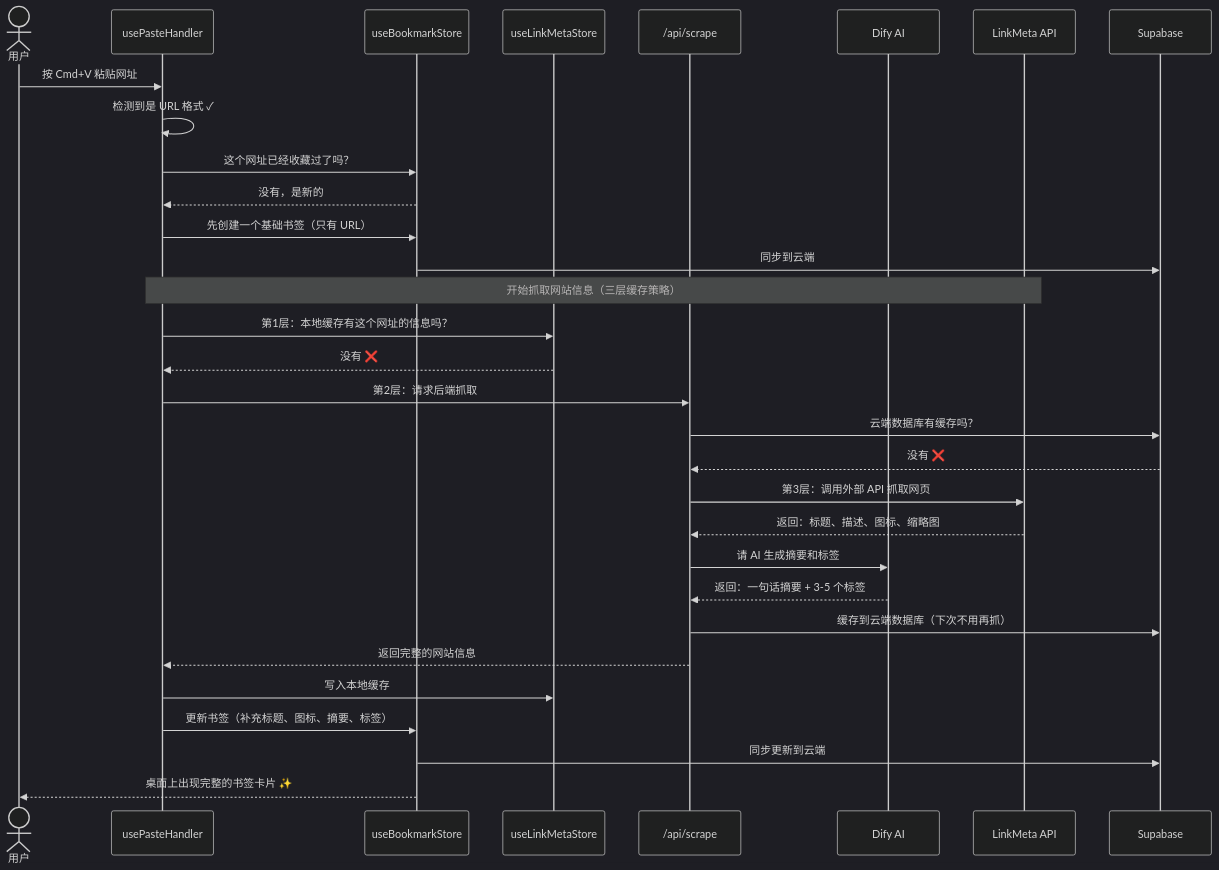
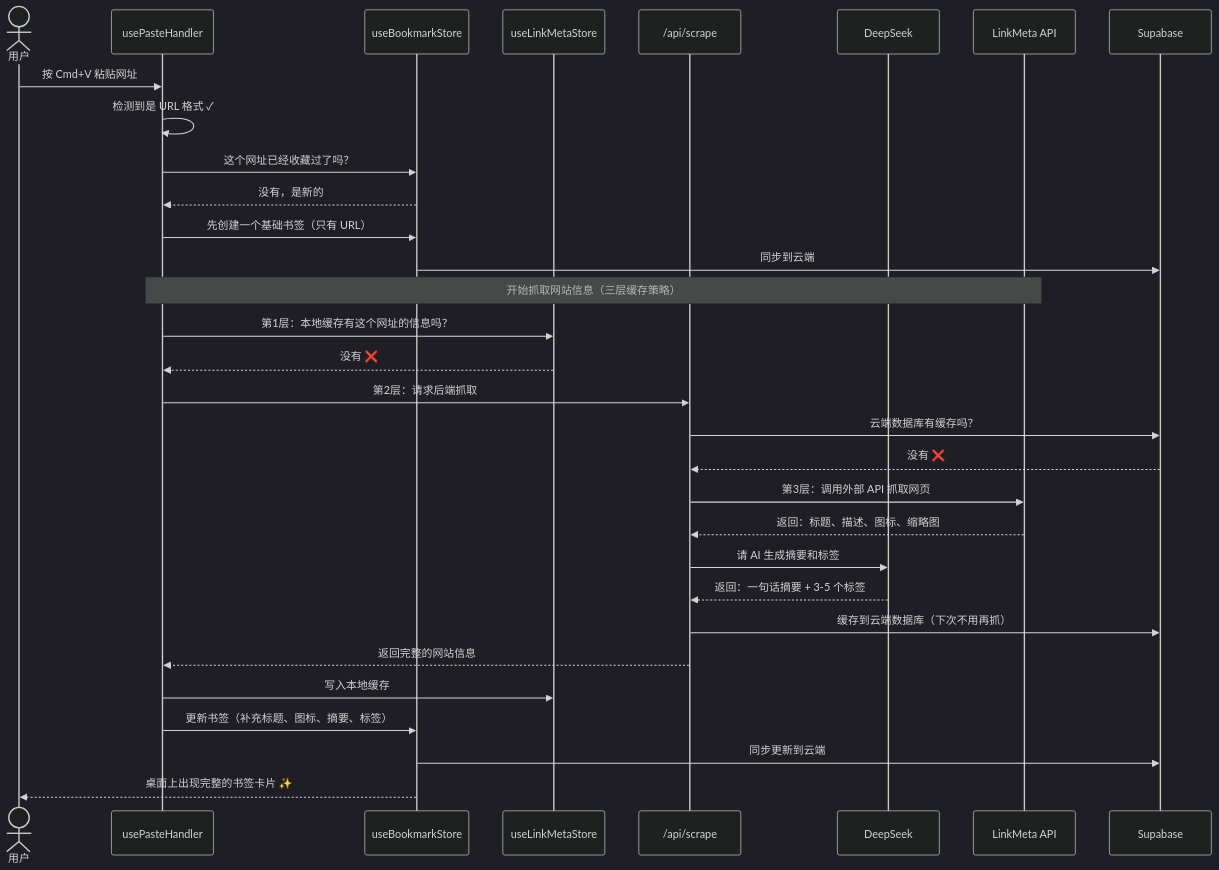
The third of 18 diagrams in docs/explain/03-data-flow.md (hiyeshu/kyo.is), drawn with Mermaid (dark theme) before and after one commit. The commit also changed other lines of this file and 127 other files, not shown here.

````diff
--- a/docs/explain/03-data-flow.md
+++ b/docs/explain/03-data-flow.md
@@ -54,44 +54,44 @@
 ```mermaid
 sequenceDiagram
     actor 用户
     participant 粘贴监听 as usePasteHandler
     participant 书签数据库 as useBookmarkStore
     participant 缓存 as useLinkMetaStore
     participant 后端 as /api/scrape
-    participant AI as Dify AI
+    participant AI as DeepSeek
     participant 外部 as LinkMeta API
     participant 云端 as Supabase
 
     用户->>粘贴监听: 按 Cmd+V 粘贴网址
     粘贴监听->>粘贴监听: 检测到是 URL 格式 ✓
 
     粘贴监听->>书签数据库: 这个网址已经收藏过了吗？
     书签数据库-->>粘贴监听: 没有，是新的
 
     粘贴监听->>书签数据库: 先创建一个基础书签（只有 URL）
     书签数据库->>云端: 同步到云端
 
     Note over 粘贴监听, 外部: 开始抓取网站信息（三层缓存策略）
 
     粘贴监听->>缓存: 第1层：本地缓存有这个网址的信息吗？
     缓存-->>粘贴监听: 没有 ❌
 
     粘贴监听->>后端: 第2层：请求后端抓取
     后端->>云端: 云端数据库有缓存吗？
     云端-->>后端: 没有 ❌
 
     后端->>外部: 第3层：调用外部 API 抓取网页
     外部-->>后端: 返回：标题、描述、图标、缩略图
 
     后端->>AI: 请 AI 生成摘要和标签
     AI-->>后端: 返回：一句话摘要 + 3-5 个标签
 
     后端->>云端: 缓存到云端数据库（下次不用再抓）
     后端-->>粘贴监听: 返回完整的网站信息
 
     粘贴监听->>缓存: 写入本地缓存
     粘贴监听->>书签数据库: 更新书签（补充标题、图标、摘要、标签）
     书签数据库->>云端: 同步更新到云端
 
     书签数据库-->>用户: 桌面上出现完整的书签卡片 ✨
 ```
````
